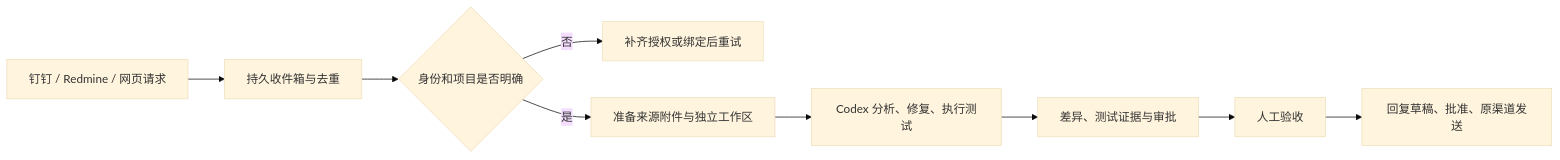
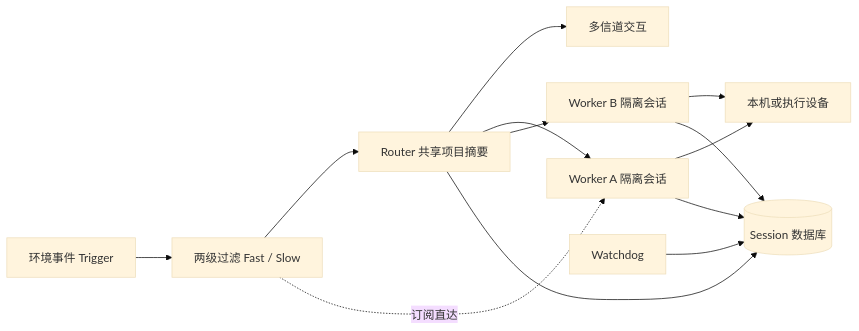
Before and after one commit to zzgoviziwind/SuperagentDemo-clean: the diagram in README.md, drawn with Mermaid (base theme). The commit also changed other lines of this file and 238 other files, not shown here.

````diff
--- a/README.md
+++ b/README.md
@@ -37,11 +42,15 @@
 ```mermaid
 flowchart LR
-    A[钉钉 / Redmine / 网页请求] --> B[持久收件箱与去重]
-    B --> C{身份和项目是否明确}
-    C -->|否| D[补齐授权或绑定后重试]
-    C -->|是| E[准备来源附件与独立工作区]
-    E --> F[Codex 分析、修复、执行测试]
-    F --> G[差异、测试证据与审批]
-    G --> H[人工验收]
-    H --> I[回复草稿、批准、原渠道发送]
+    A[环境事件 Trigger] --> B[两级过滤 Fast / Slow]
+    B --> R[Router 共享项目摘要]
+    R --> C[多信道交互]
+    B -.订阅直达.-> W1[Worker A 隔离会话]
+    R --> W1
+    R --> W2[Worker B 隔离会话]
+    W1 --> X[本机或执行设备]
+    W2 --> X
+    R --> D[(Session 数据库)]
+    W1 --> D
+    W2 --> D
+    G[Watchdog] --> D
 ```
````
